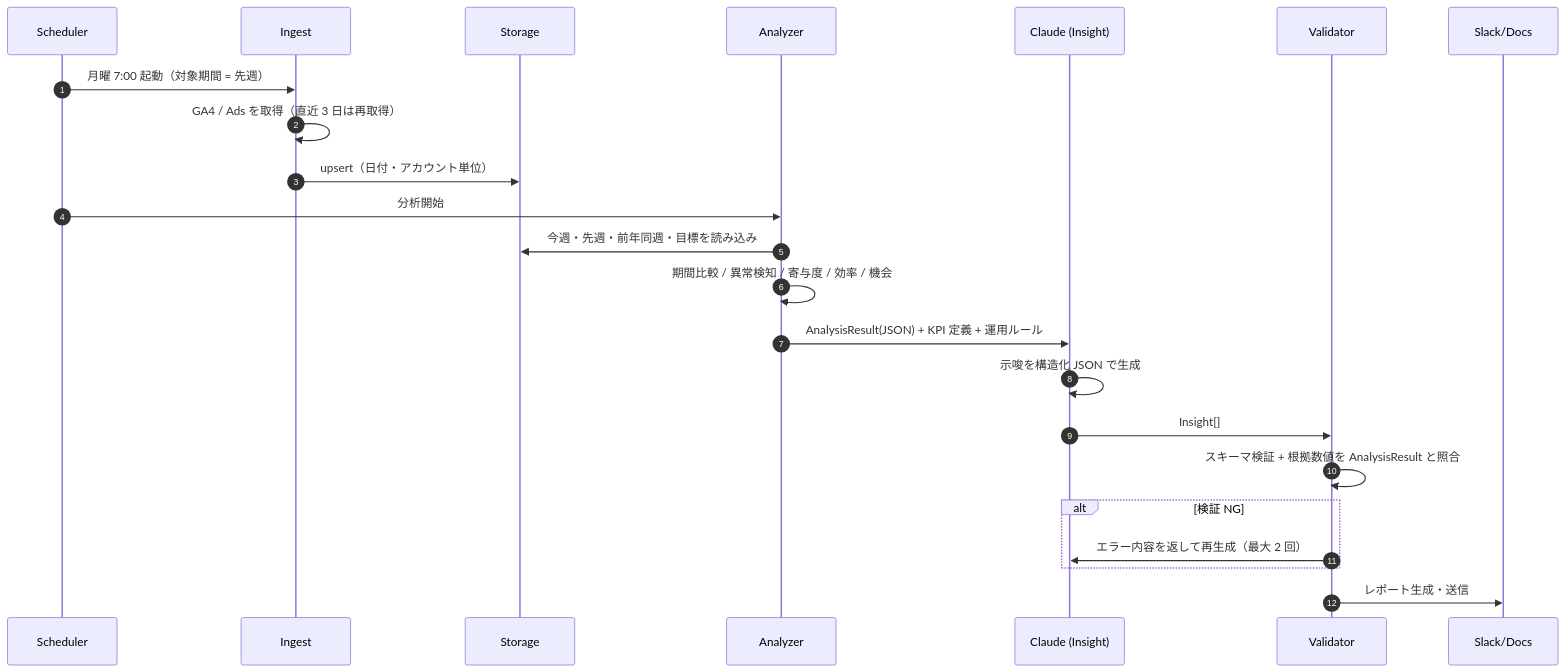
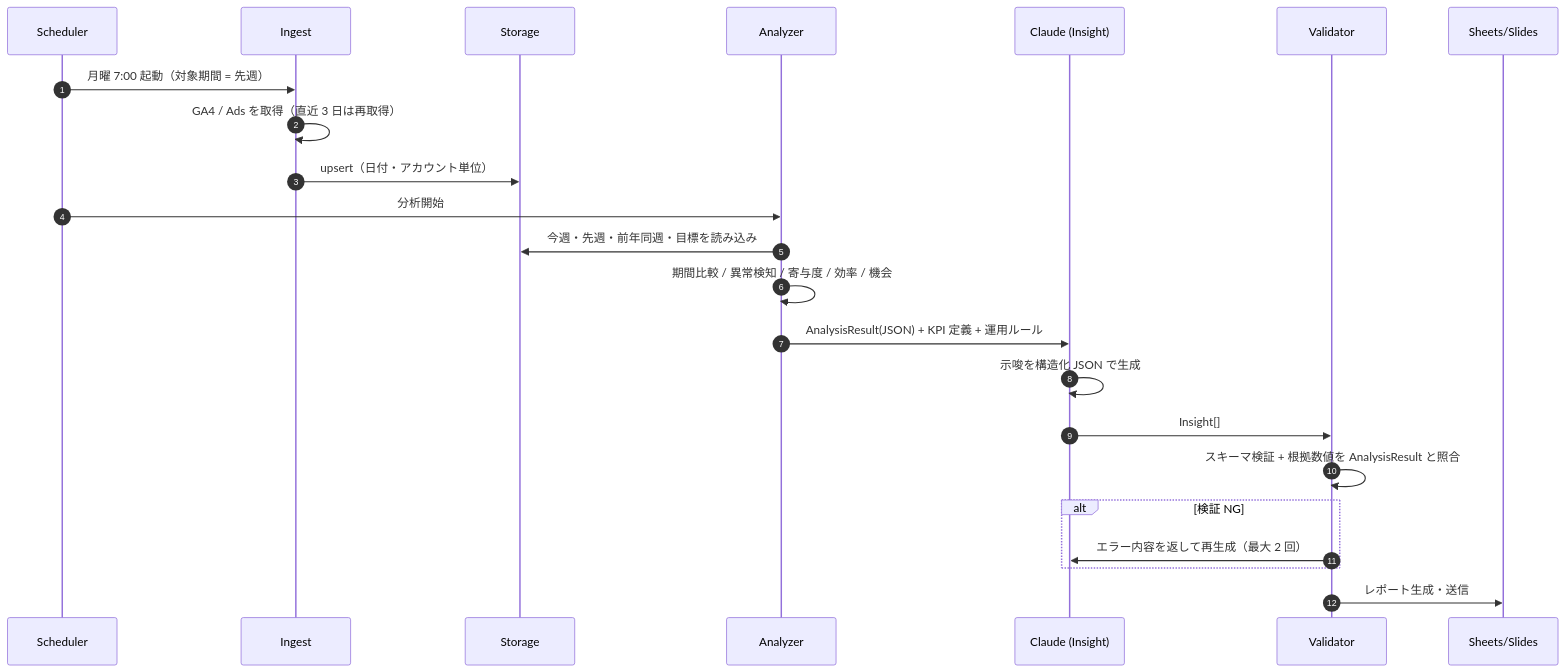
The second of 2 diagrams in ads-analytics-agent/docs/02_architecture.md (first-partner/RSSHub), drawn with Mermaid before and after one commit. The commit also changed other lines of this file and 5 other files, not shown here.

````diff
--- a/ads-analytics-agent/docs/02_architecture.md
+++ b/ads-analytics-agent/docs/02_architecture.md
@@ -56,26 +56,26 @@
 ```mermaid
 sequenceDiagram
     autonumber
     participant S as Scheduler
     participant I as Ingest
     participant DB as Storage
     participant A as Analyzer
     participant C as Claude (Insight)
     participant V as Validator
-    participant O as Slack/Docs
+    participant O as Sheets/Slides
 
     S->>I: 月曜 7:00 起動（対象期間 = 先週）
     I->>I: GA4 / Ads を取得（直近 3 日は再取得）
     I->>DB: upsert（日付・アカウント単位）
     S->>A: 分析開始
     A->>DB: 今週・先週・前年同週・目標を読み込み
     A->>A: 期間比較 / 異常検知 / 寄与度 / 効率 / 機会
     A->>C: AnalysisResult(JSON) + KPI 定義 + 運用ルール
     C->>C: 示唆を構造化 JSON で生成
     C->>V: Insight[]
     V->>V: スキーマ検証 + 根拠数値を AnalysisResult と照合
     alt 検証 NG
         V->>C: エラー内容を返して再生成（最大 2 回）
     end
     V->>O: レポート生成・送信
 ```
````
